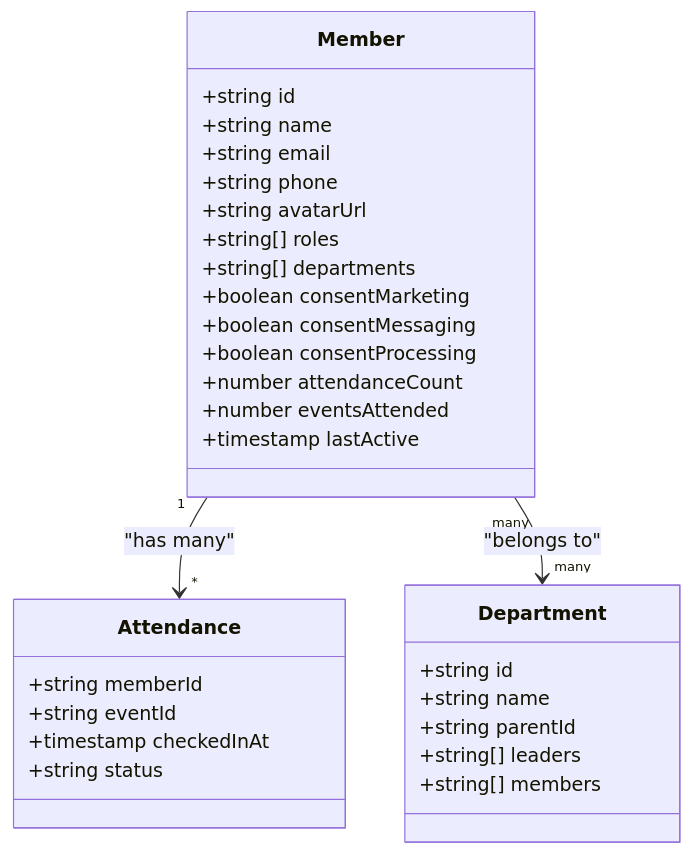
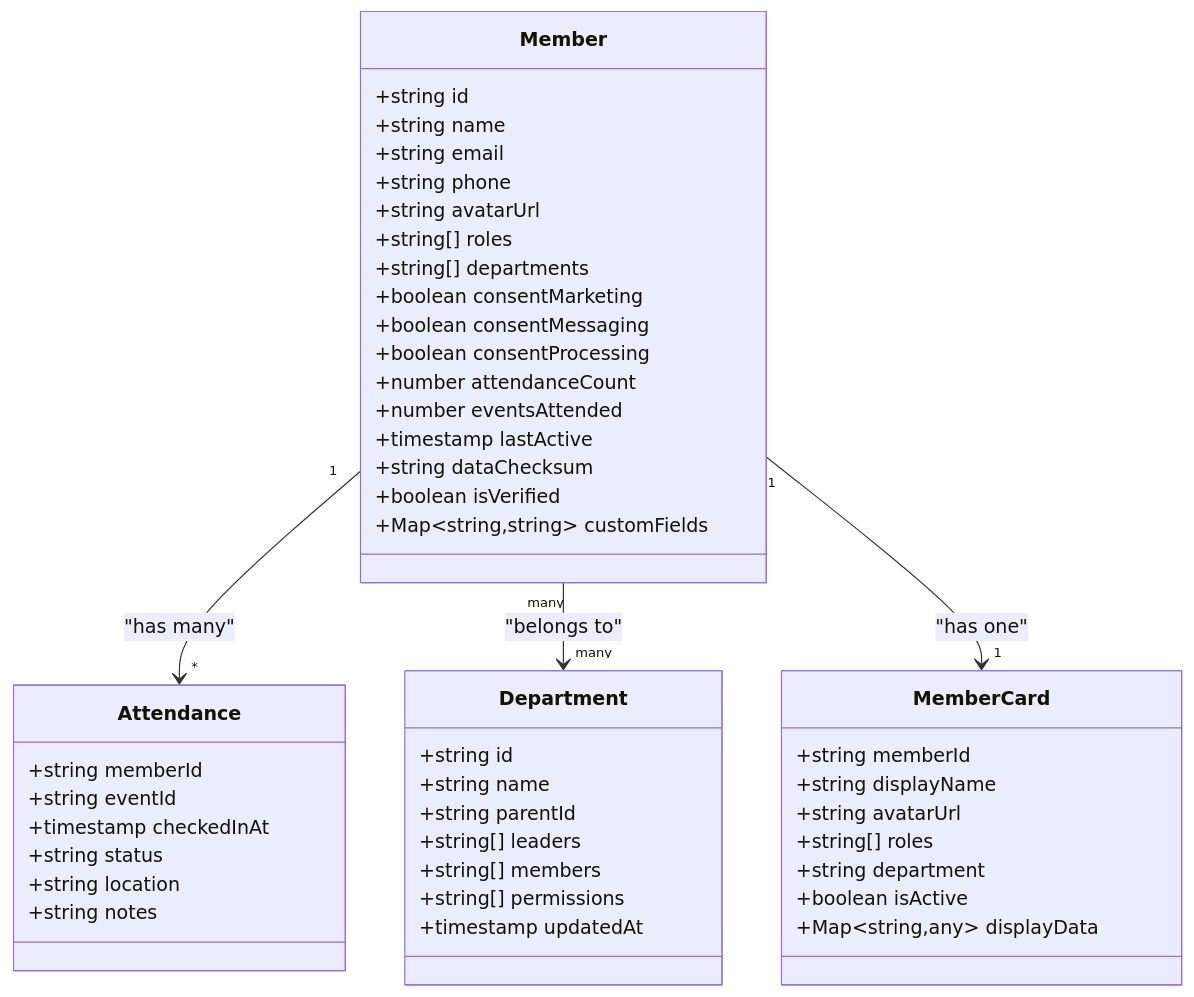
One commit to raihom-netizen/com.gestaoyahwehios.app changed the third of 12 diagrams in .qoder/repowiki/en/content/Member Management/Member Management.md. Above: the diagram before and after it, drawn with Mermaid. The commit also changed other lines of this file and 161 other files, not shown here.

````diff
--- a/.qoder/repowiki/en/content/Member Management/Member Management.md
+++ b/.qoder/repowiki/en/content/Member Management/Member Management.md
@@ -164,33 +205,50 @@
 ```mermaid
 classDiagram
 class Member {
 +string id
 +string name
 +string email
 +string phone
 +string avatarUrl
 +string[] roles
 +string[] departments
 +boolean consentMarketing
 +boolean consentMessaging
 +boolean consentProcessing
 +number attendanceCount
 +number eventsAttended
 +timestamp lastActive
++string dataChecksum
++boolean isVerified
++Map~string,string~ customFields
 }
 class Department {
 +string id
 +string name
 +string parentId
 +string[] leaders
 +string[] members
++string[] permissions
++timestamp updatedAt
 }
 class Attendance {
 +string memberId
 +string eventId
 +timestamp checkedInAt
 +string status
++string location
++string notes
+}
+class MemberCard {
++string memberId
++string displayName
++string avatarUrl
++string[] roles
++string department
++boolean isActive
++Map~string,any~ displayData
 }
 Member "1" --> "*" Attendance : "has many"
 Member "many" --> "many" Department : "belongs to"
+Member "1" --> "1" MemberCard : "has one"
 ```
````
